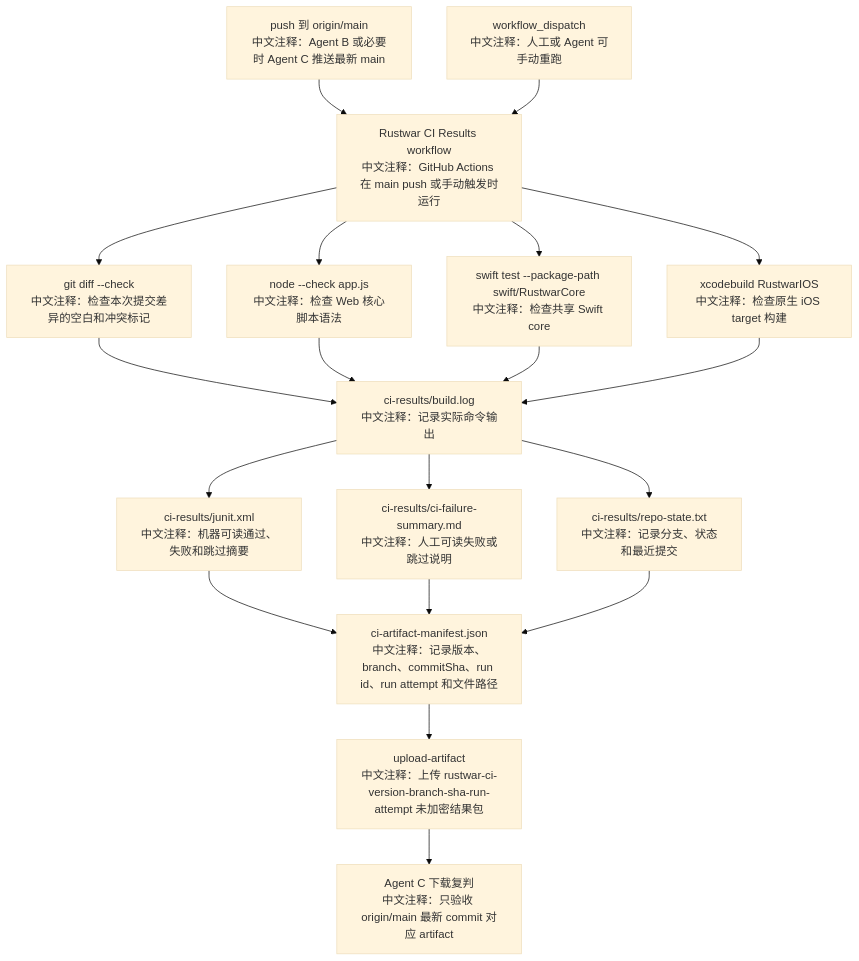
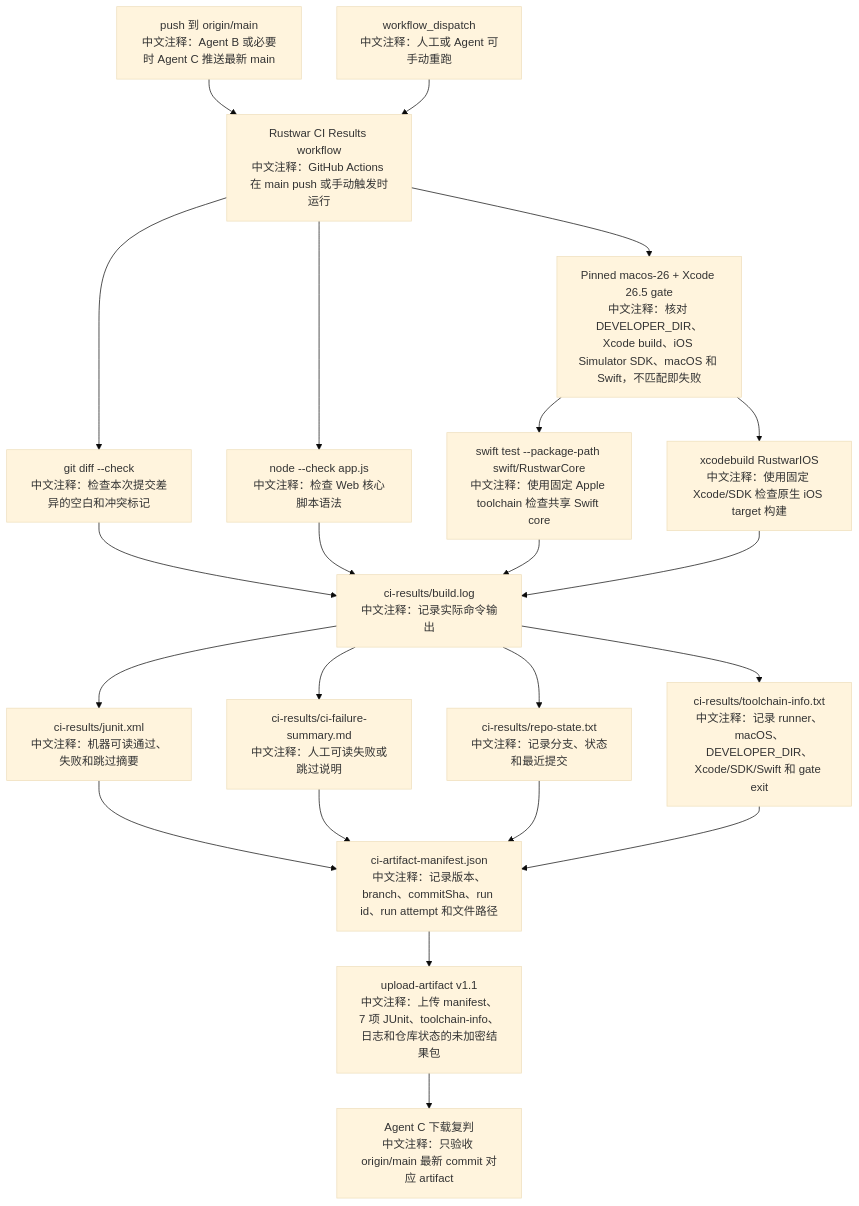
One commit to Altman-sam114/120 changed the fifth of 5 diagrams in md/flow/flowchart.md. Above: the diagram before and after it, drawn with Mermaid (base theme). The commit also changed 6 other files, not shown here.

Commit message:
ci(v1.97): pin Apple toolchain

````diff
--- a/md/flow/flowchart.md
+++ b/md/flow/flowchart.md
@@ -199,21 +199,24 @@
 ```mermaid
 flowchart TD
   P["push 到 origin/main<br/>中文注释：Agent B 或必要时 Agent C 推送最新 main"] --> W["Rustwar CI Results workflow<br/>中文注释：GitHub Actions 在 main push 或手动触发时运行"]
   M["workflow_dispatch<br/>中文注释：人工或 Agent 可手动重跑"] --> W
+  W --> TC["Pinned macos-26 + Xcode 26.5 gate<br/>中文注释：核对 DEVELOPER_DIR、Xcode build、iOS Simulator SDK、macOS 和 Swift，不匹配即失败"]
   W --> D["git diff --check<br/>中文注释：检查本次提交差异的空白和冲突标记"]
   W --> N["node --check app.js<br/>中文注释：检查 Web 核心脚本语法"]
-  W --> SW["swift test --package-path swift/RustwarCore<br/>中文注释：检查共享 Swift core"]
-  W --> XB["xcodebuild RustwarIOS<br/>中文注释：检查原生 iOS target 构建"]
+  TC --> SW["swift test --package-path swift/RustwarCore<br/>中文注释：使用固定 Apple toolchain 检查共享 Swift core"]
+  TC --> XB["xcodebuild RustwarIOS<br/>中文注释：使用固定 Xcode/SDK 检查原生 iOS target 构建"]
   D --> L["ci-results/build.log<br/>中文注释：记录实际命令输出"]
   N --> L
   SW --> L
   XB --> L
   L --> J["ci-results/junit.xml<br/>中文注释：机器可读通过、失败和跳过摘要"]
   L --> F["ci-results/ci-failure-summary.md<br/>中文注释：人工可读失败或跳过说明"]
   L --> S["ci-results/repo-state.txt<br/>中文注释：记录分支、状态和最近提交"]
+  L --> T["ci-results/toolchain-info.txt<br/>中文注释：记录 runner、macOS、DEVELOPER_DIR、Xcode/SDK/Swift 和 gate exit"]
   J --> A["ci-artifact-manifest.json<br/>中文注释：记录版本、branch、commitSha、run id、run attempt 和文件路径"]
   F --> A
   S --> A
-  A --> U["upload-artifact<br/>中文注释：上传 rustwar-ci-version-branch-sha-run-attempt 未加密结果包"]
+  T --> A
+  A --> U["upload-artifact v1.1<br/>中文注释：上传 manifest、7 项 JUnit、toolchain-info、日志和仓库状态的未加密结果包"]
   U --> C["Agent C 下载复判<br/>中文注释：只验收 origin/main 最新 commit 对应 artifact"]
 ```
````
